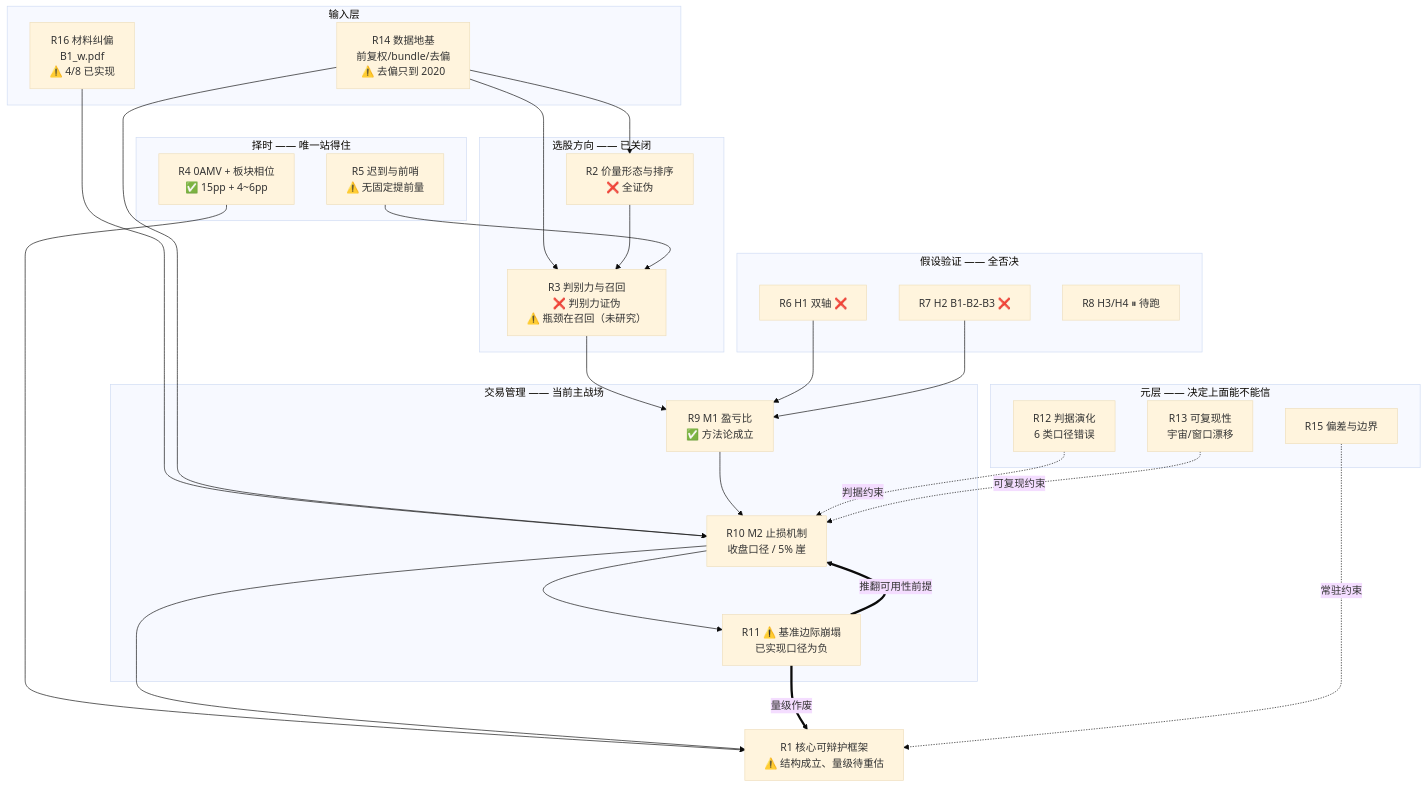
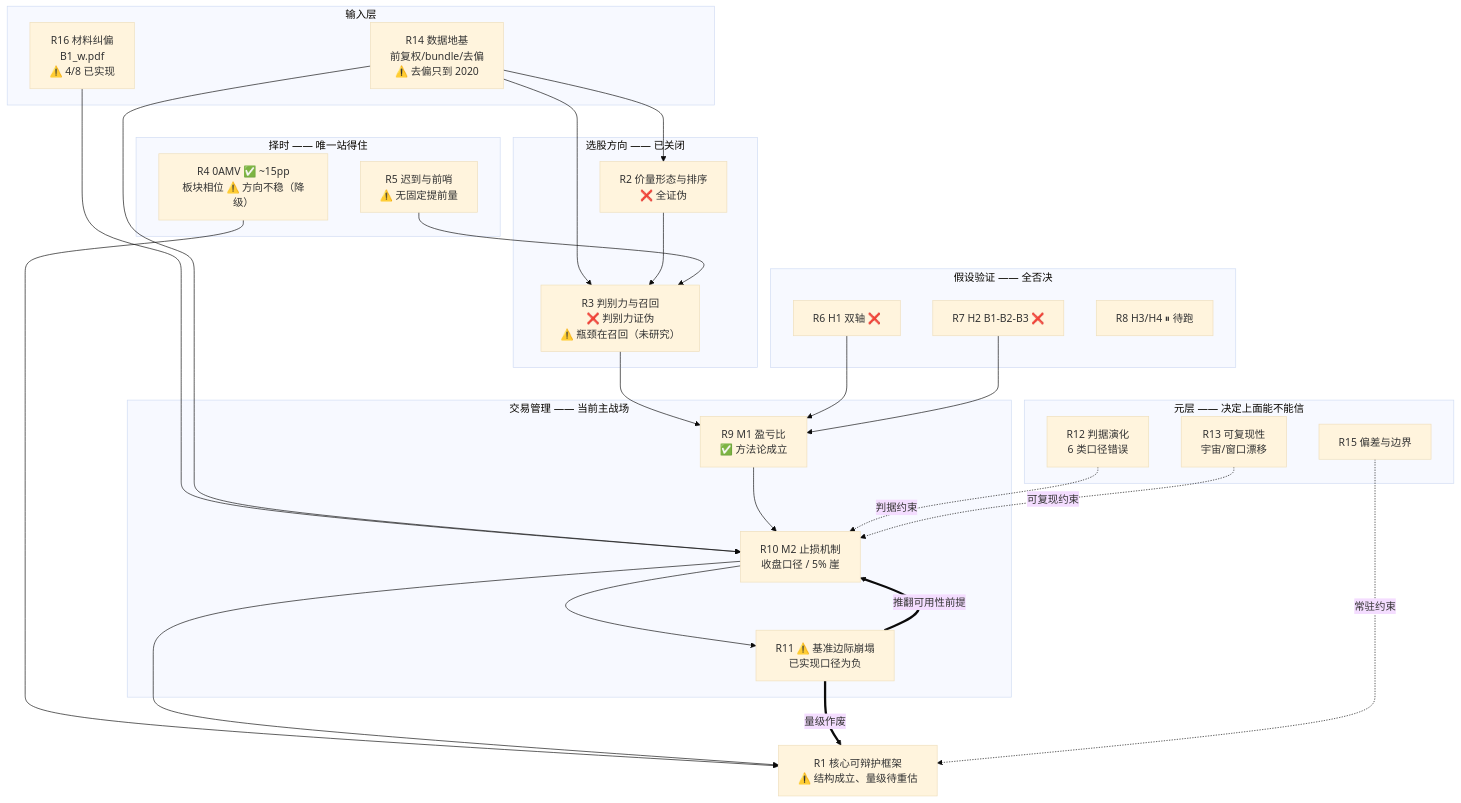
The diagram in 00_governance/research/README.md (littleguohao/Custos), drawn with Mermaid (base theme) before and after one commit. The commit also changed 10 other files, not shown here.

````diff
--- a/00_governance/research/README.md
+++ b/00_governance/research/README.md
@@ -13,48 +13,48 @@
 ```mermaid
 flowchart TB
     subgraph IN["输入层"]
         R16["R16 材料纠偏<br/>B1_w.pdf<br/>⚠️ 4/8 已实现"]
         R14["R14 数据地基<br/>前复权/bundle/去偏<br/>⚠️ 去偏只到 2020"]
     end
     subgraph SEL["选股方向 —— 已关闭"]
         R2["R2 价量形态与排序<br/>❌ 全证伪"]
         R3["R3 判别力与召回<br/>❌ 判别力证伪<br/>⚠️ 瓶颈在召回（未研究）"]
     end
     subgraph TIM["择时 —— 唯一站得住"]
-        R4["R4 0AMV + 板块相位<br/>✅ 15pp + 4~6pp"]
+        R4["R4 0AMV ✅ ~15pp<br/>板块相位 ⚠️ 方向不稳（降级）"]
         R5["R5 迟到与前哨<br/>⚠️ 无固定提前量"]
     end
     subgraph HYP["假设验证 —— 全否决"]
         R6["R6 H1 双轴 ❌"]
         R7["R7 H2 B1-B2-B3 ❌"]
         R8["R8 H3/H4 ⏸ 待跑"]
     end
     subgraph TRD["交易管理 —— 当前主战场"]
         R9["R9 M1 盈亏比<br/>✅ 方法论成立"]
         R10["R10 M2 止损机制<br/>收盘口径 / 5% 崖"]
         R11["R11 ⚠️ 基准边际崩塌<br/>已实现口径为负"]
     end
     subgraph META["元层 —— 决定上面能不能信"]
         R12["R12 判据演化<br/>6 类口径错误"]
         R13["R13 可复现性<br/>宇宙/窗口漂移"]
         R15["R15 偏差与边界"]
     end
     R1["R1 核心可辩护框架<br/>⚠️ 结构成立、量级待重估"]
 
     R16 --> R10
     R14 --> R2 & R3 & R10
     R2 --> R3
     R3 --> R9
     R6 --> R9
     R7 --> R9
     R9 --> R10
     R10 --> R11
     R12 -.判据约束.-> R10
     R13 -.可复现约束.-> R10
     R11 ==>|推翻可用性前提| R10
     R4 --> R1
     R10 --> R1
     R5 --> R3
     R11 ==>|量级作废| R1
     R15 -.常驻约束.-> R1
 ```
````
